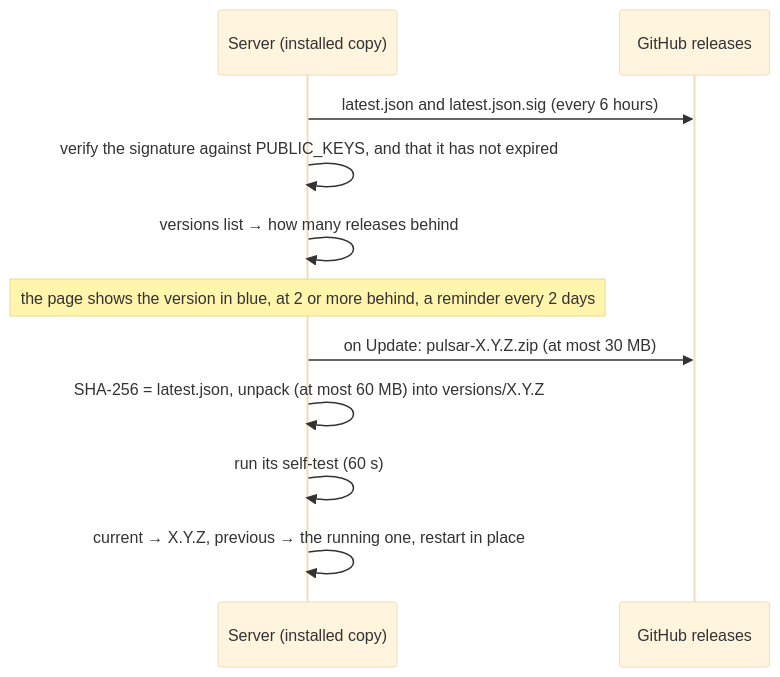
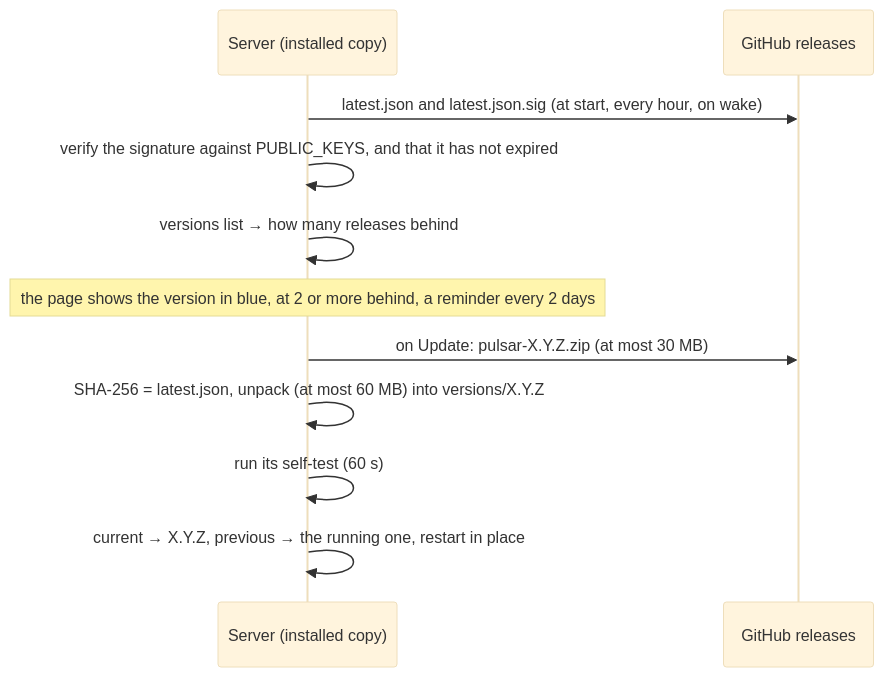
The third of 3 diagrams in docs/HOW-IT-WORKS.md (fosterinteractive/pulsar), drawn with Mermaid (base theme) before and after one commit. The commit also changed other lines of this file and 8 other files, not shown here.

````diff
--- a/docs/HOW-IT-WORKS.md
+++ b/docs/HOW-IT-WORKS.md
@@ -1579,13 +1582,13 @@
 ```mermaid
 sequenceDiagram
   participant S as Server (installed copy)
   participant GH as GitHub releases
-  S->>GH: latest.json and latest.json.sig (every 6 hours)
+  S->>GH: latest.json and latest.json.sig (at start, every hour, on wake)
   S->>S: verify the signature against PUBLIC_KEYS, and that it has not expired
   S->>S: versions list → how many releases behind
   Note over S: the page shows the version in blue, at 2 or more behind, a reminder every 2 days
   S->>GH: on Update: pulsar-X.Y.Z.zip (at most 30 MB)
   S->>S: SHA-256 = latest.json, unpack (at most 60 MB) into versions/X.Y.Z
   S->>S: run its self-test (60 s)
   S->>S: current → X.Y.Z, previous → the running one, restart in place
 ```
````
